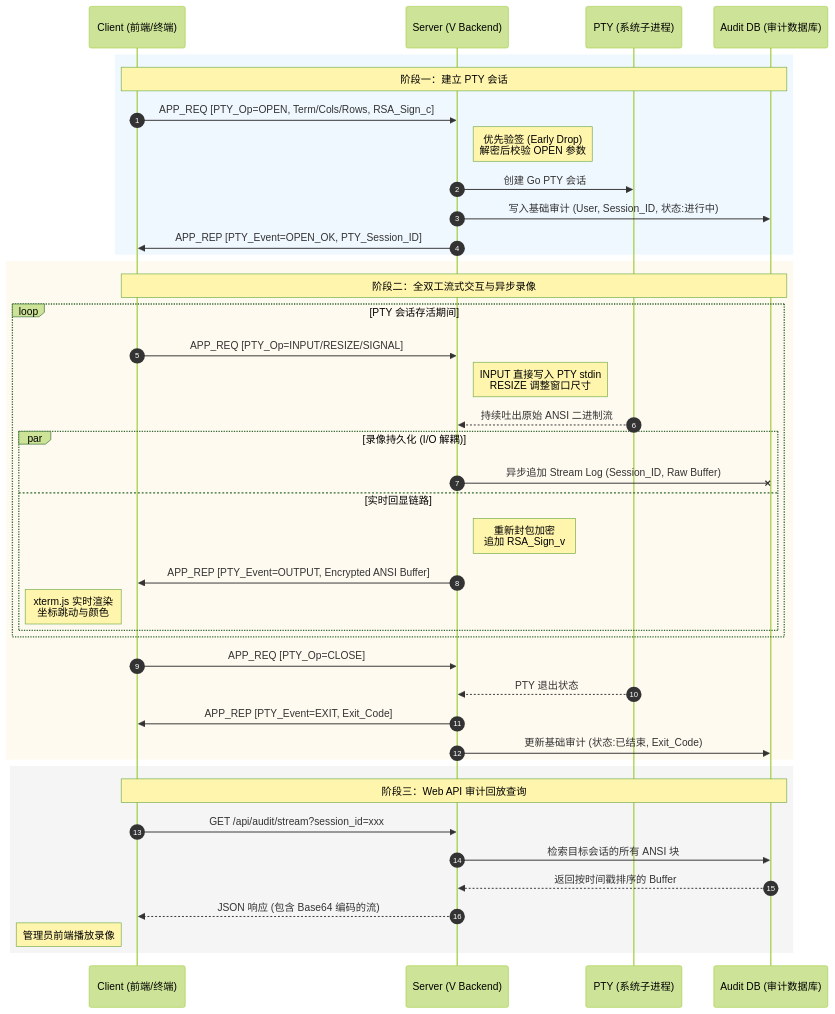
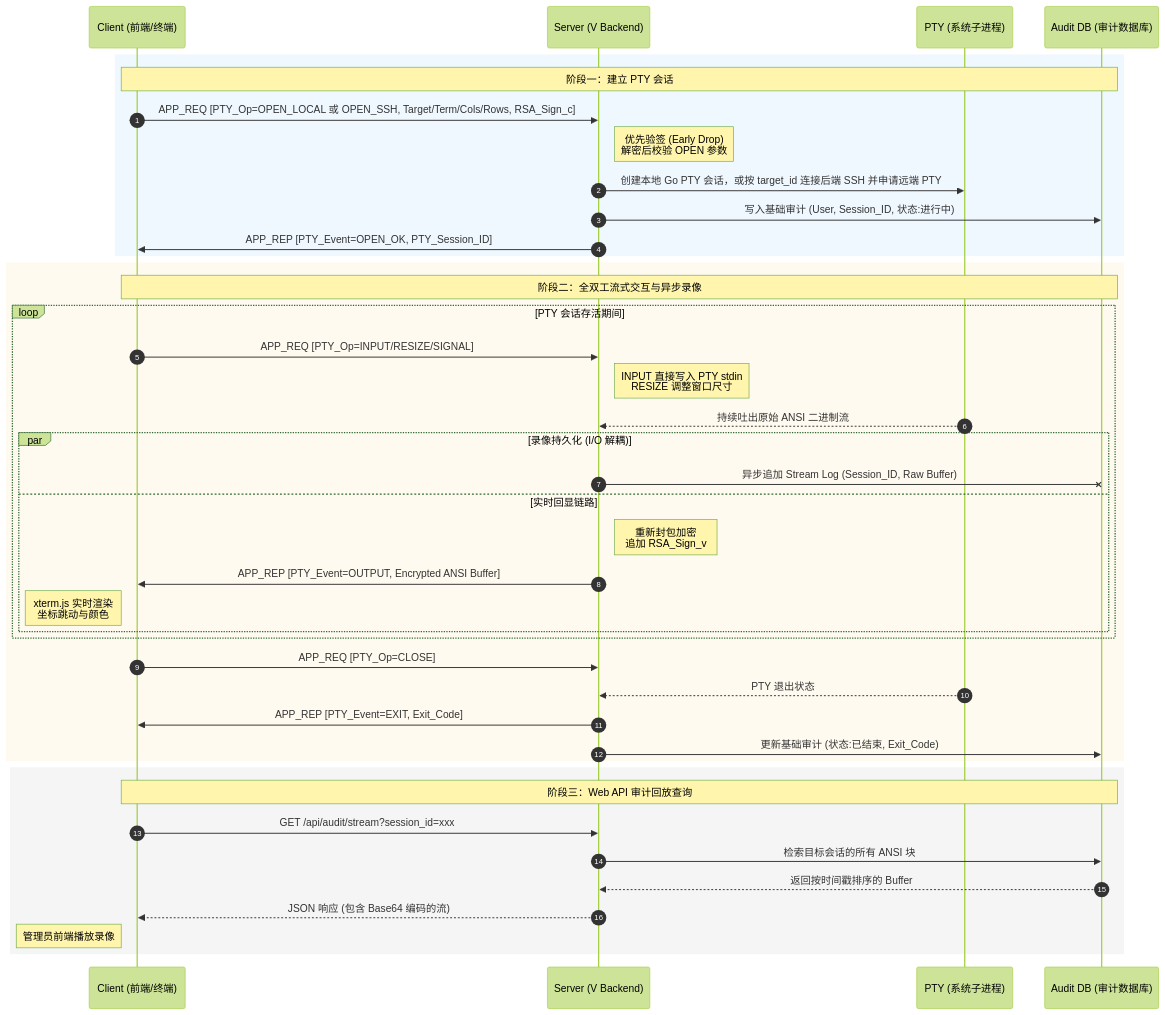
One commit to fsj2009yx/kerberos-Jumpserver changed the first of 2 diagrams in docs/Kerberos设计文档1.2.md. Above: the diagram before and after it, drawn with Mermaid (forest theme). The commit also changed other lines of this file and 27 other files, not shown here.

````diff
--- a/docs/Kerberos设计文档1.2.md
+++ b/docs/Kerberos设计文档1.2.md
@@ -1008,46 +1026,46 @@
 ```mermaid
 sequenceDiagram
     autonumber
     participant C as Client (前端/终端)
     participant V as Server (V Backend)
     participant P as PTY (系统子进程)
     participant D as Audit DB (审计数据库)
 
     rect rgb(240, 248, 255)
     Note over C, D: 阶段一：建立 PTY 会话
-    C->>V: APP_REQ [PTY_Op=OPEN, Term/Cols/Rows, RSA_Sign_c]
+    C->>V: APP_REQ [PTY_Op=OPEN_LOCAL 或 OPEN_SSH, Target/Term/Cols/Rows, RSA_Sign_c]
     Note right of V: 优先验签 (Early Drop)<br/>解密后校验 OPEN 参数
-    V->>P: 创建 Go PTY 会话
+    V->>P: 创建本地 Go PTY 会话，或按 target_id 连接后端 SSH 并申请远端 PTY
     V->>D: 写入基础审计 (User, Session_ID, 状态:进行中)
     V->>C: APP_REP [PTY_Event=OPEN_OK, PTY_Session_ID]
     end
 
     rect rgb(255, 250, 240)
     Note over C, D: 阶段二：全双工流式交互与异步录像
     loop PTY 会话存活期间
         C->>V: APP_REQ [PTY_Op=INPUT/RESIZE/SIGNAL]
         Note right of V: INPUT 直接写入 PTY stdin<br/>RESIZE 调整窗口尺寸
         P-->>V: 持续吐出原始 ANSI 二进制流
         par 录像持久化 (I/O 解耦)
             V-xD: 异步追加 Stream Log (Session_ID, Raw Buffer)
         and 实时回显链路
             Note right of V: 重新封包加密<br/>追加 RSA_Sign_v
             V->>C: APP_REP [PTY_Event=OUTPUT, Encrypted ANSI Buffer]
             Note left of C: xterm.js 实时渲染<br/>坐标跳动与颜色
         end
     end
     C->>V: APP_REQ [PTY_Op=CLOSE]
     P-->>V: PTY 退出状态
     V->>C: APP_REP [PTY_Event=EXIT, Exit_Code]
     V->>D: 更新基础审计 (状态:已结束, Exit_Code)
     end
 
     rect rgb(245, 245, 245)
     Note over C, D: 阶段三：Web API 审计回放查询
     C->>V: GET /api/audit/stream?session_id=xxx
     V->>D: 检索目标会话的所有 ANSI 块
     D-->>V: 返回按时间戳排序的 Buffer
     V-->>C: JSON 响应 (包含 Base64 编码的流)
     Note left of C: 管理员前端播放录像
     end
 ```
````
